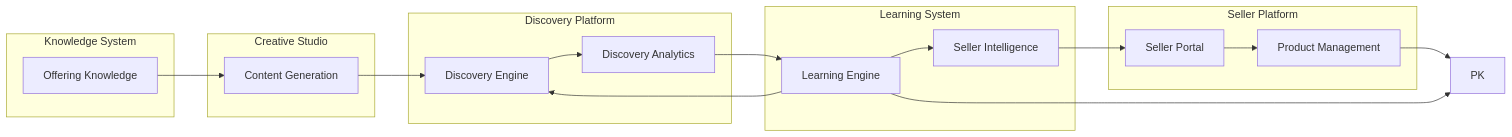
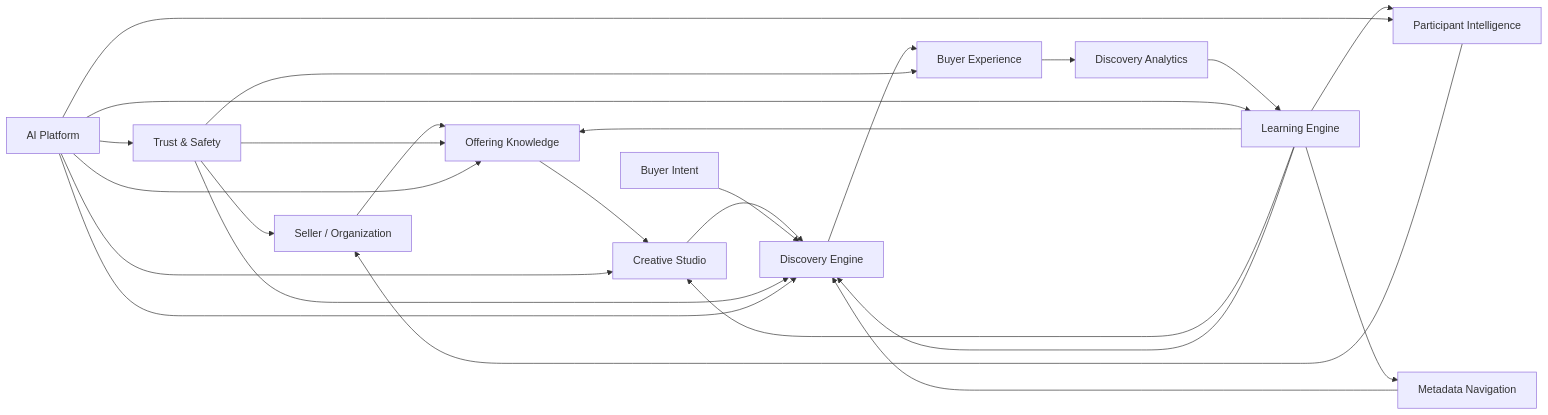
The diagram in docs/03-product-architecture.md (petkao/pinkcurve-blueprint), drawn with Mermaid before and after one commit. The commit also changed other lines of this file and 27 other files, not shown here.

Commit message:
Update PinkCurve blueprint and complete Chapter 11 data architecture audit

````diff
--- a/docs/03-product-architecture.md
+++ b/docs/03-product-architecture.md
@@ -185,36 +566,35 @@
 ```mermaid
 flowchart LR
-    subgraph Seller["Seller Platform"]
-        SP[Seller Portal]
-        PM[Product Management]
-    end
+    P[Seller / Organization] --> OK[Offering Knowledge]
+    OK --> CS[Creative Studio]
+    CS --> DE[Discovery Engine]
 
-    subgraph Knowledge["Knowledge System"]
-        OK[Offering Knowledge]
-    end
+    BI[Buyer Intent] --> DE
+    MN[Metadata Navigation] --> DE
 
-    subgraph Creative["Creative Studio"]
-        CS[Content Generation]
-    end
+    DE --> BX[Buyer Experience]
+    BX --> DA[Discovery Analytics]
 
-    subgraph Discovery["Discovery Platform"]
-        DE[Discovery Engine]
-        DA[Discovery Analytics]
-    end
+    DA --> LE[Learning Engine]
 
-    subgraph Learning["Learning System"]
-        LE[Learning Engine]
-        SI[Seller Intelligence]
-    end
+    LE --> PI[Participant Intelligence]
 
-    SP --> PM
-    PM --> PK
-    OK --> CS
-    CS --> DE
-    DE --> DA
-    DA --> LE
-    LE --> SI
-    SI --> SP
-    LE --> PK
+    PI --> P
+
+    LE --> OK
+    LE --> CS
     LE --> DE
+    LE --> MN
+
+    TS[Trust & Safety] --> P
+    TS --> OK
+    TS --> DE
+    TS --> BX
+
+    AI[AI Platform] --> OK
+    AI --> CS
+    AI --> DE
+    AI --> LE
+    AI --> PI
+    AI --> TS
 ```
````
